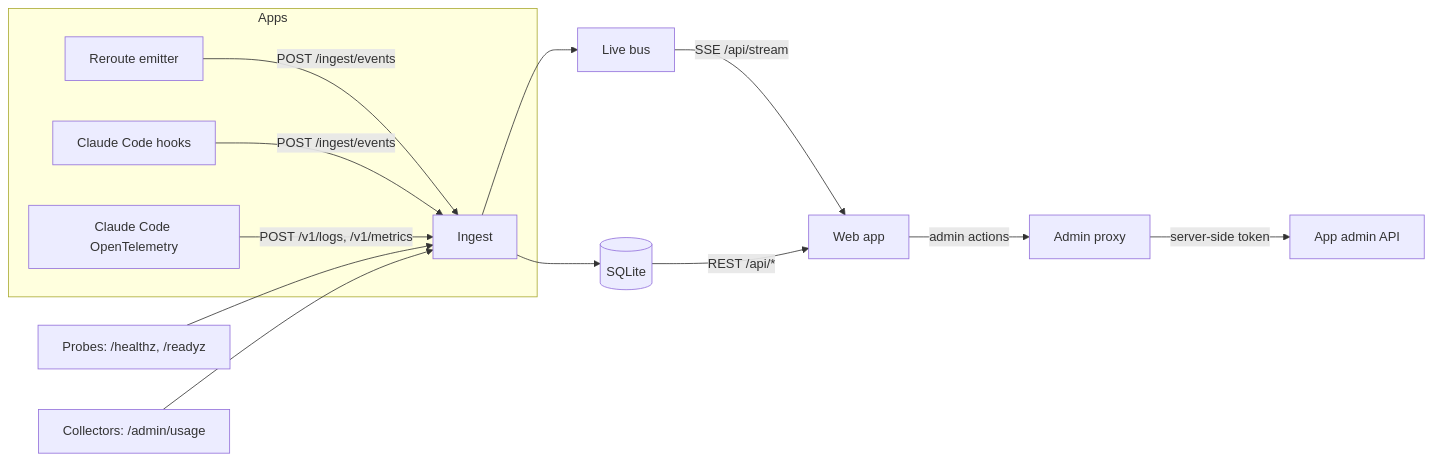
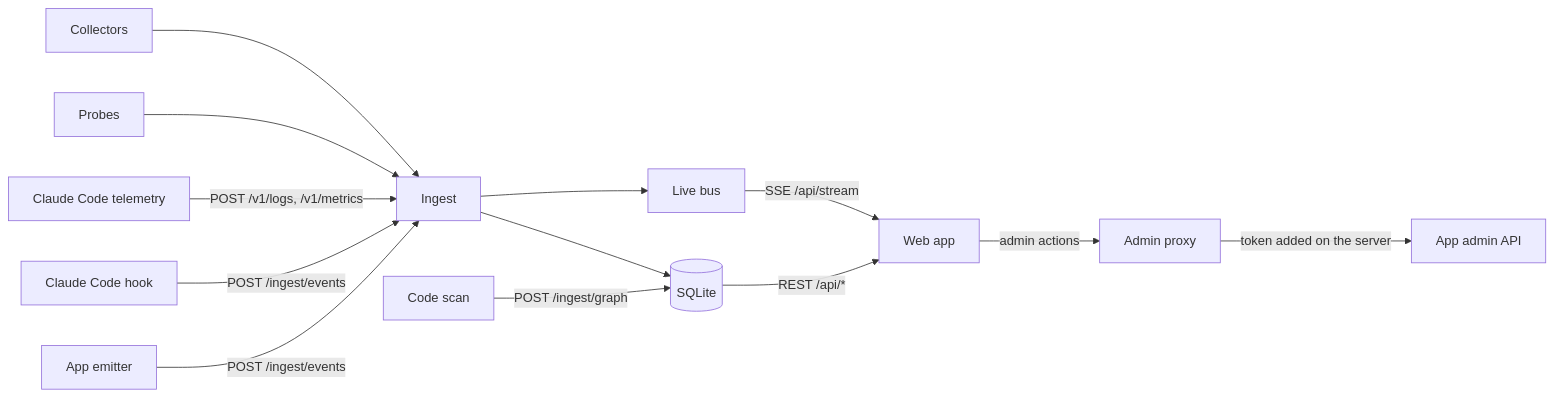
Before and after one commit to tristan-pofandt/mycelium-monitor: the diagram in docs/architecture.md, drawn with Mermaid. The commit also changed other lines of this file and 116 other files, not shown here.

````diff
--- a/docs/architecture.md
+++ b/docs/architecture.md
@@ -50,15 +38,13 @@
 ```mermaid
 flowchart LR
-  subgraph Apps
-    R[Reroute emitter] -->|POST /ingest/events| I
-    C[Claude Code hooks] -->|POST /ingest/events| I
-    O[Claude Code OpenTelemetry] -->|POST /v1/logs, /v1/metrics| I
-  end
-  P[Probes: /healthz, /readyz] --> I
-  U[Collectors: /admin/usage] --> I
-  I[Ingest] --> DB[(SQLite)]
-  I --> B[Live bus]
-  B -->|SSE /api/stream| W[Web app]
+  R[App emitter] -->|POST /ingest/events| I[Ingest]
+  C[Claude Code hook] -->|POST /ingest/events| I
+  O[Claude Code telemetry] -->|POST /v1/logs, /v1/metrics| I
+  P[Probes] --> I
+  U[Collectors] --> I
+  S[Code scan] -->|POST /ingest/graph| DB
+  I --> DB[(SQLite)]
+  I --> B[Live bus] -->|SSE /api/stream| W[Web app]
   DB -->|REST /api/*| W
-  W -->|admin actions| A[Admin proxy] -->|server-side token| R2[App admin API]
+  W -->|admin actions| A[Admin proxy] -->|token added on the server| R2[App admin API]
 ```
````
